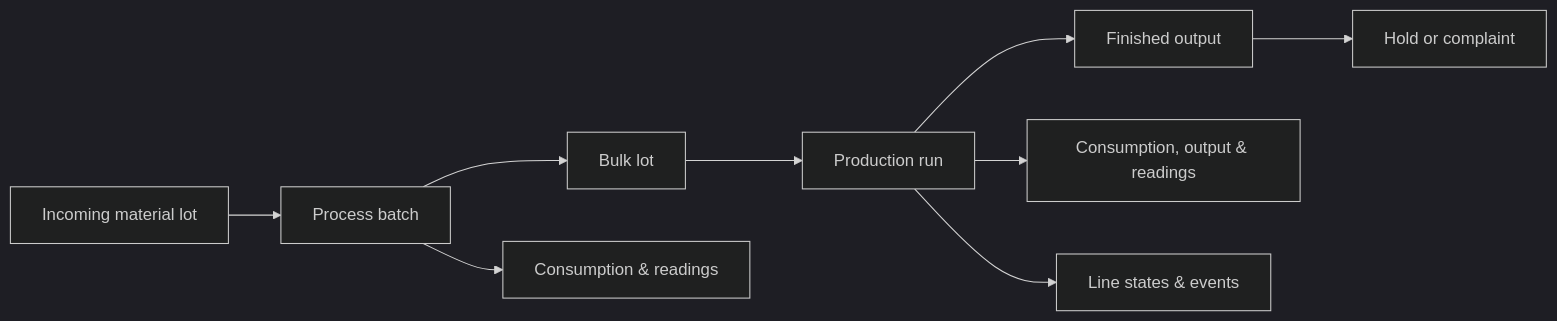
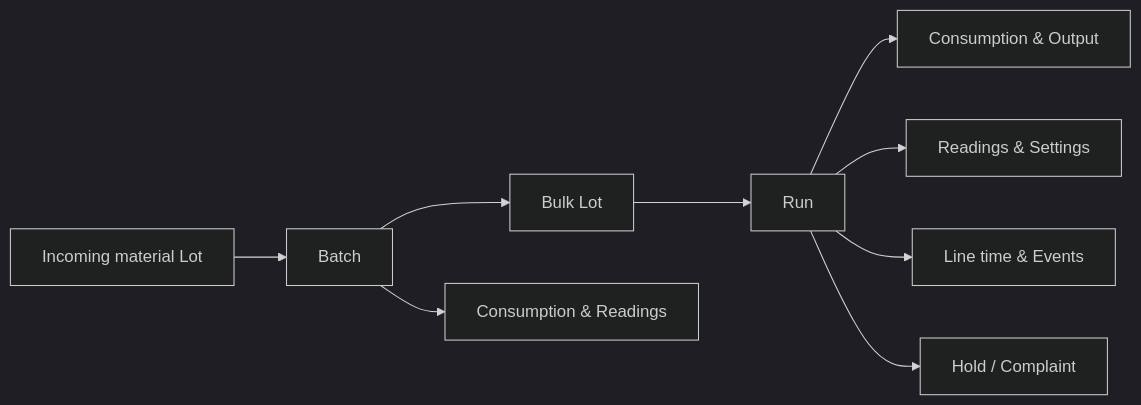
One commit to Tom-PIT/TomPIT.Pulse.Connector changed the first of 5 diagrams in docs/models/manufacturing/food-and-beverage/end-to-end-integration.md. Above: the diagram before and after it, drawn with Mermaid (dark theme). The commit also changed other lines of this file and 16 other files, not shown here.

````diff
--- a/docs/models/manufacturing/food-and-beverage/end-to-end-integration.md
+++ b/docs/models/manufacturing/food-and-beverage/end-to-end-integration.md
@@ -11,12 +11,13 @@
 ```mermaid
 flowchart LR
-    A["Incoming material lot"] --> B["Process batch"]
-    B --> C["Bulk lot"]
-    C --> D["Production run"]
-    D --> E["Finished output"]
-    E --> F["Hold or complaint"]
+    A["Incoming material Lot"] --> B["Batch"]
+    B --> C["Bulk Lot"]
+    C --> D["Run"]
 
-    B --> G["Consumption & readings"]
-    D --> H["Consumption, output & readings"]
-    D --> I["Line states & events"]
+    B --> E["Consumption & Readings"]
+    D --> F["Consumption & Output"]
+    D --> G["Readings & Settings"]
+    D --> H["Line time & Events"]
+
+    D --> I["Hold / Complaint"]
 ```
````
